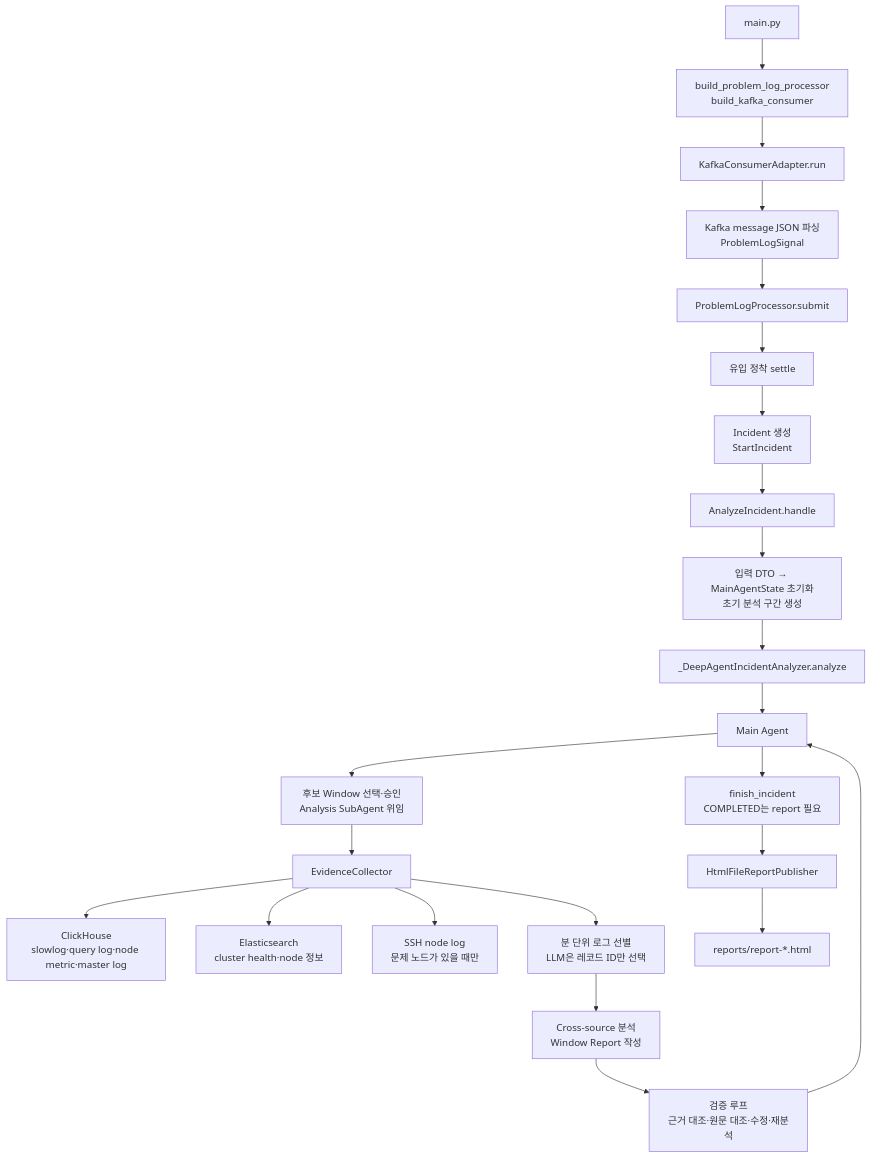
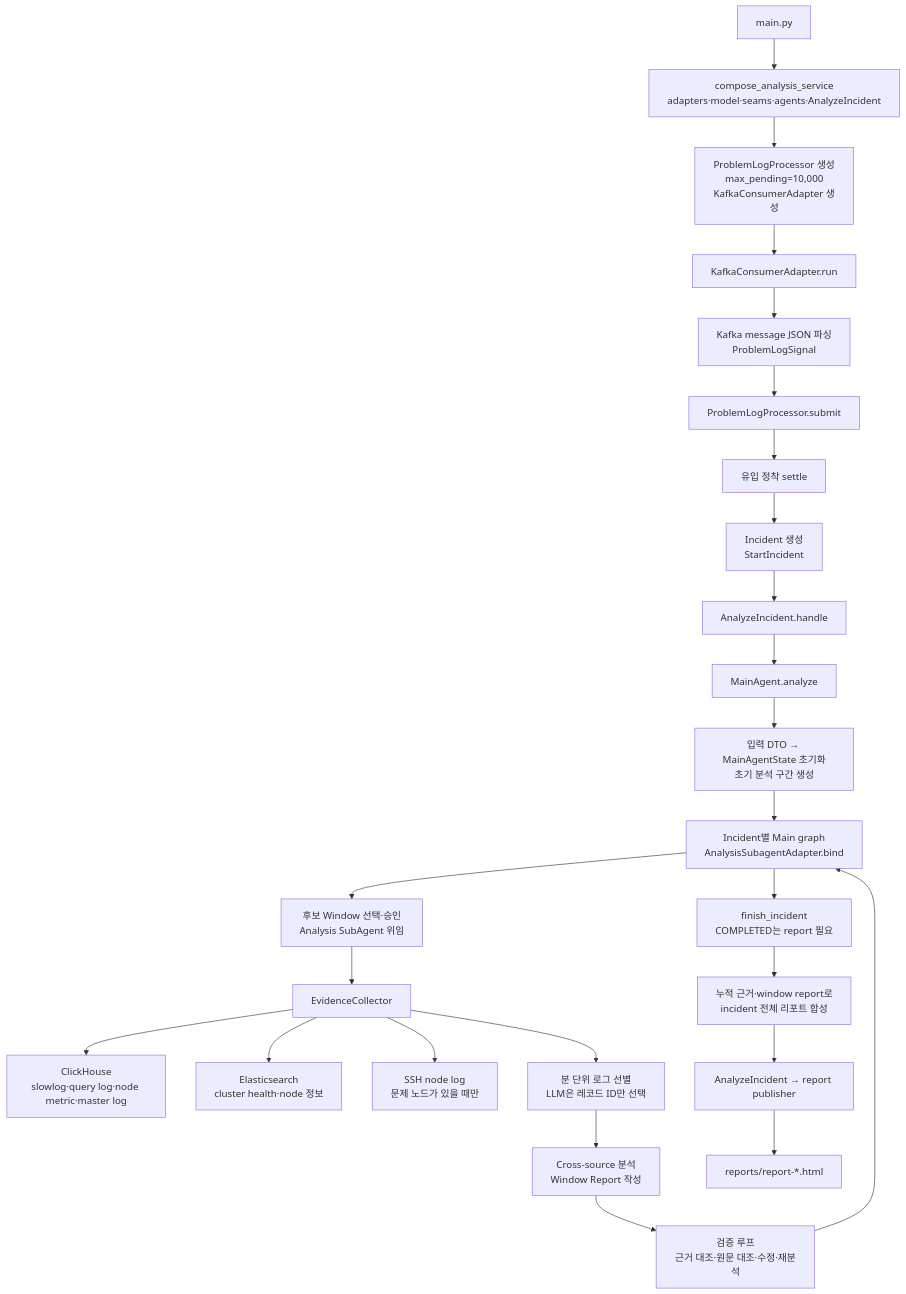
Before and after one commit to BaektotheFuture98/ClusterDoctor: the diagram in README.md, drawn with Mermaid. The commit also changed other lines of this file and 24 other files, not shown here.

Commit message:
refactor: centralize agent composition in main

````diff
--- a/README.md
+++ b/README.md
@@ -323,25 +341,27 @@
 ```mermaid
 flowchart TD
-    A[main.py] --> B[build_problem_log_processor<br/>build_kafka_consumer]
+    A[main.py] --> AC[compose_analysis_service<br/>adapters·model·seams·agents·AnalyzeIncident]
+    AC --> B[ProblemLogProcessor 생성<br/>max_pending=10,000<br/>KafkaConsumerAdapter 생성]
     B --> C[KafkaConsumerAdapter.run]
     C --> D[Kafka message JSON 파싱<br/>ProblemLogSignal]
     D --> E[ProblemLogProcessor.submit]
     E --> F[유입 정착 settle]
     F --> G[Incident 생성<br/>StartIncident]
     G --> H[AnalyzeIncident.handle]
-    H --> I[입력 DTO → MainAgentState 초기화<br/>초기 분석 구간 생성]
-    I --> J[_DeepAgentIncidentAnalyzer.analyze]
-    J --> K[Main Agent]
+    H --> J[MainAgent.analyze]
+    J --> I[입력 DTO → MainAgentState 초기화<br/>초기 분석 구간 생성]
+    I --> K[Incident별 Main graph<br/>AnalysisSubagentAdapter.bind]
     K --> L[후보 Window 선택·승인<br/>Analysis SubAgent 위임]
     L --> M[EvidenceCollector]
     M --> N[ClickHouse<br/>slowlog·query log·node metric·master log]
     M --> O[Elasticsearch<br/>cluster health·node 정보]
     M --> P[SSH node log<br/>문제 노드가 있을 때만]
     M --> Q[분 단위 로그 선별<br/>LLM은 레코드 ID만 선택]
     Q --> R[Cross-source 분석<br/>Window Report 작성]
     R --> S[검증 루프<br/>근거 대조·원문 대조·수정·재분석]
     S --> K
     K --> SF[finish_incident<br/>COMPLETED는 report 필요]
-    SF --> U[HtmlFileReportPublisher]
+    SF --> SY[누적 근거·window report로<br/>incident 전체 리포트 합성]
+    SY --> U[AnalyzeIncident → report publisher]
     U --> V[reports/report-*.html]
 ```
````
